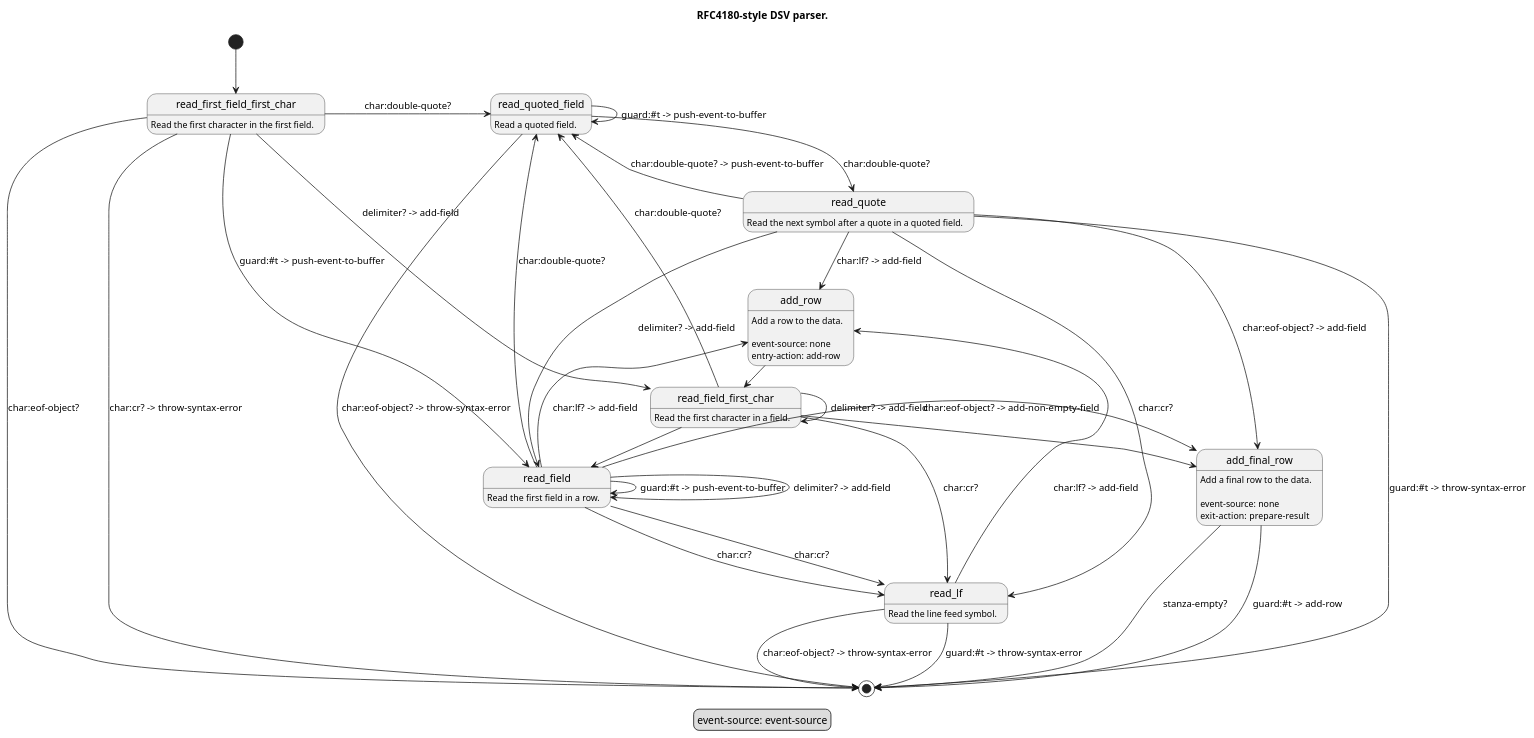
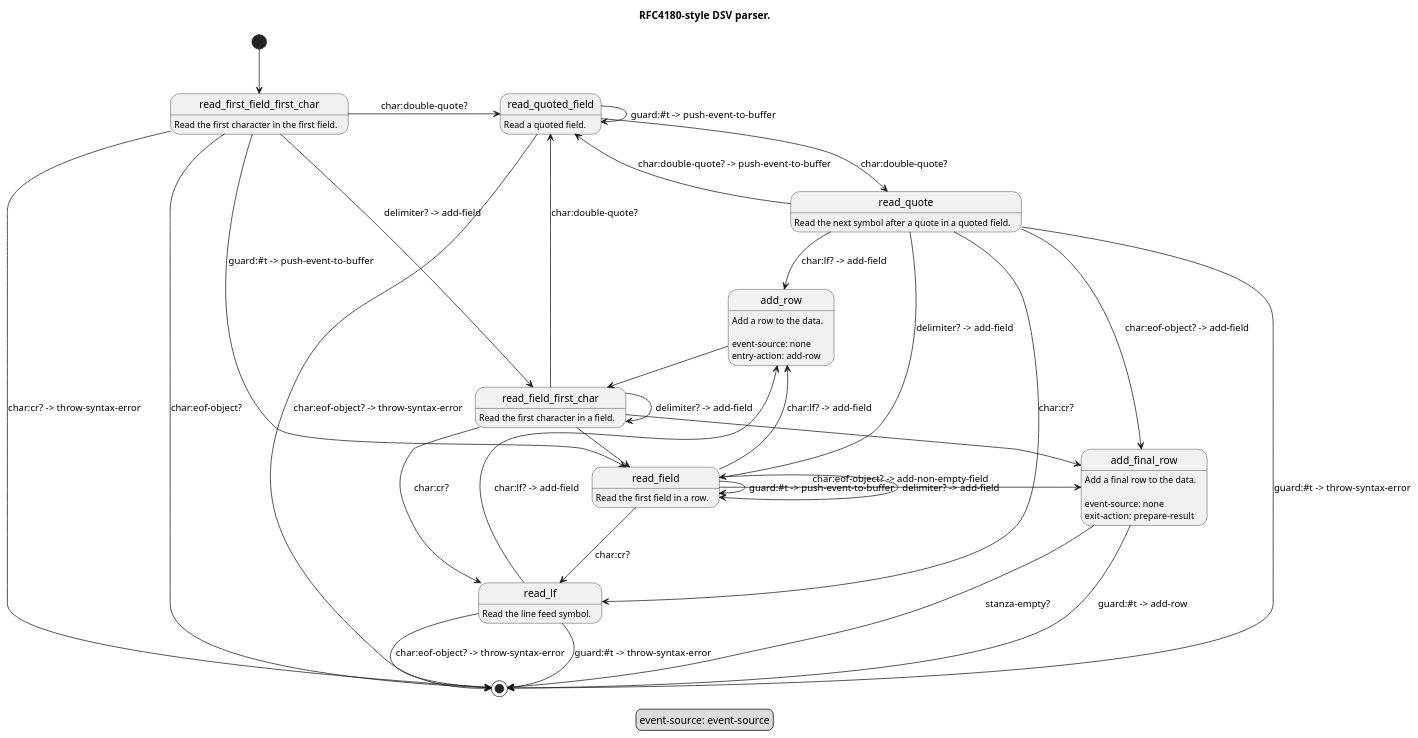
The diagram in modules/dsv/fsm/rfc4180.puml (artyom-poptsov/guile-dsv), drawn with PlantUML before and after one commit.

Commit message:
modules/dsv/fsm/rfc4180.puml (read_field): Remove extra transitions

```diff
--- a/modules/dsv/fsm/rfc4180.puml
+++ b/modules/dsv/fsm/rfc4180.puml
@@ -1,95 +1,93 @@
 @startuml
 
 ' Copyright (C) 2023 Artyom V. Poptsov <poptsov.artyom@gmail.com>
 '
 ' This program is free software: you can redistribute it and/or modify
 ' it under the terms of the GNU General Public License as published by
 ' the Free Software Foundation, either version 3 of the License, or
 ' (at your option) any later version.
 '
 ' The program is distributed in the hope that it will be useful,
 ' but WITHOUT ANY WARRANTY; without even the implied warranty of
 ' MERCHANTABILITY or FITNESS FOR A PARTICULAR PURPOSE.  See the
 ' GNU General Public License for more details.
 '
 ' You should have received a copy of the GNU General Public License
 ' along with the program.  If not, see <http://www.gnu.org/licenses/>.
 
 title RFC4180-style DSV parser.
 
 legend
 event-source: event-source
 endlegend
 
 [*] --> read_first_field_first_char
 
 read_first_field_first_char: Read the first character in the first field.
 read_first_field_first_char -> [*]:               char:eof-object?
 read_first_field_first_char --> read_field_first_char: delimiter? -> add-field
 read_first_field_first_char -> read_quoted_field: char:double-quote?
 read_first_field_first_char -> [*]:               char:cr? -> throw-syntax-error
 read_first_field_first_char -> read_field:        guard:#t -> push-event-to-buffer
 
 read_field_first_char: Read the first character in a field.
 read_field_first_char -> add_final_row:     char:eof-object?
 read_field_first_char -> read_field_first_char: delimiter? -> add-field
 read_field_first_char -> read_lf:           char:cr?
 read_field_first_char -> read_quoted_field: char:double-quote?
 read_field_first_char -> read_field:        guard:#t -> push-event-to-buffer
 
 read_field: Read the first field in a row.
 read_field ->  add_final_row:     char:eof-object? -> add-non-empty-field
 read_field --> read_lf:           char:cr?
-read_field --> read_quoted_field: char:double-quote?
 read_field --> read_field:        delimiter? -> add-field
-read_field --> read_lf:           char:cr?
 read_field ->  read_field:        guard:#t -> push-event-to-buffer
 
 read_quoted_field: Read a quoted field.
 read_quoted_field --> [*]:                char:eof-object? -> throw-syntax-error
 read_quoted_field ->  read_quote:         char:double-quote?
 read_quoted_field ->  read_quoted_field:  guard:#t -> push-event-to-buffer
 
 read_quote: Read the next symbol after a quote in a quoted field.
 read_quote --> add_final_row:     char:eof-object? -> add-field
 read_quote --> read_lf:           char:cr?
 read_quote --> read_quoted_field: char:double-quote? -> push-event-to-buffer
 read_quote --> read_field:        delimiter? -> add-field
 read_quote --> [*]:               guard:#t -> throw-syntax-error
 
 read_lf: Read the line feed symbol.
 read_lf --> [*]:     char:eof-object? -> throw-syntax-error
 read_lf --> add_row: char:lf? -> add-field
 read_lf -> [*]:      guard:#t -> throw-syntax-error
 
 add_row: Add a row to the data.
 add_row:
 add_row: event-source: none
 add_row: entry-action: add-row
 add_row -> read_field_first_char
 
 add_final_row: Add a final row to the data.
 add_final_row:
 add_final_row: event-source: none
 add_final_row: exit-action:  prepare-result
 add_final_row -> [*]: stanza-empty?
 add_final_row -> [*]: guard:#t -> add-row
 
 ' RFC 4180 explicitly states that each line must be ended with CRLF. [1]
 ' On the other hand, some CSV data does not follow this rule and uses
 ' only LF symbol as the line ending.
 '
 ' Here we follow "Robustness principle" [2] and RFC4180 requirements
 ' when reading CSV data.
 '
 ' See also RFC4180, "Encoding considerations".
 '
 ' References:
 ' 1. <https://datatracker.ietf.org/doc/html/rfc4180#section-2>
 ' 2. "be conservative in what you do, be liberal in what you accept
 '    from others"
 '    <https://en.wikipedia.org/wiki/Robustness_principle>
 read_field --> add_row: char:lf? -> add-field
 read_quote --> add_row: char:lf? -> add-field
 
 @enduml
```
